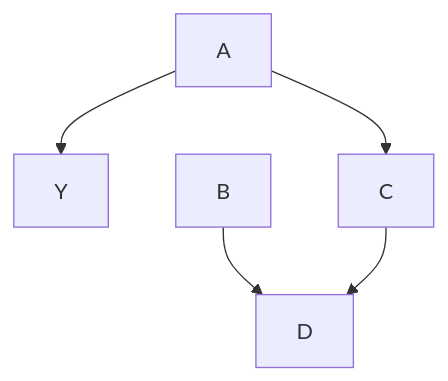
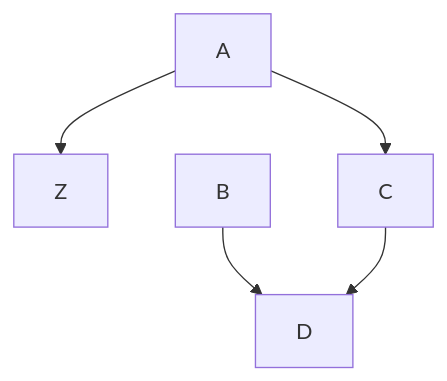
One commit to ockertbotha/mermaid-diagramming changed the diagram in diagrams/intro.md. Above: the diagram before and after it, drawn with Mermaid. The commit also changed 1 other file, not shown here.

Commit message:
Some diagram updates

````diff
--- a/diagrams/intro.md
+++ b/diagrams/intro.md
@@ -1,7 +1,7 @@
 ```mermaid
 graph TD;
-    A-->Y;
+    A-->Z;
     A-->C;
     B-->D;
     C-->D;
 ```
````
